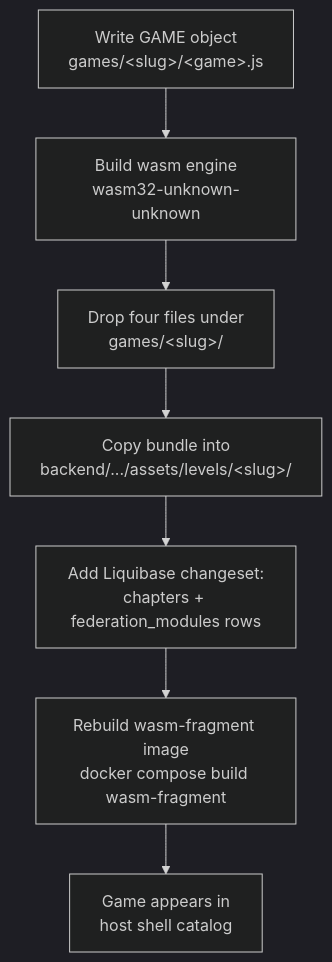
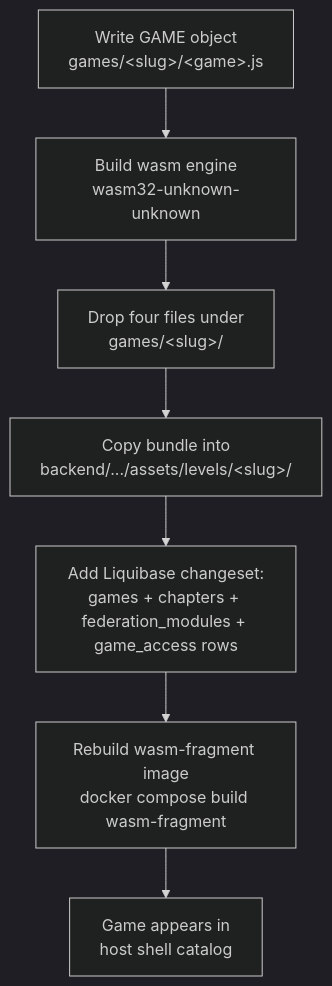
Before and after one commit to hugmesh/hugmesh.github.io: the second of 2 diagrams in content/games/shared-web-game-shell.md, drawn with Mermaid (dark theme). The commit also changed other lines of this file and 93 other files, not shown here.

````diff
--- a/content/games/shared-web-game-shell.md
+++ b/content/games/shared-web-game-shell.md
@@ -195,9 +214,9 @@
 ```mermaid
 flowchart TB
     A[Write GAME object<br/>games/&lt;slug&gt;/&lt;game&gt;.js] --> B[Build wasm engine<br/>wasm32-unknown-unknown]
     B --> C[Drop four files under<br/>games/&lt;slug&gt;/]
     C --> D[Copy bundle into<br/>backend/.../assets/levels/&lt;slug&gt;/]
-    D --> E[Add Liquibase changeset:<br/>chapters + federation_modules rows]
+    D --> E[Add Liquibase changeset:<br/>games + chapters + federation_modules + game_access rows]
     E --> F[Rebuild wasm-fragment image<br/>docker compose build wasm-fragment]
     F --> G[Game appears in<br/>host shell catalog]
 ```
````
